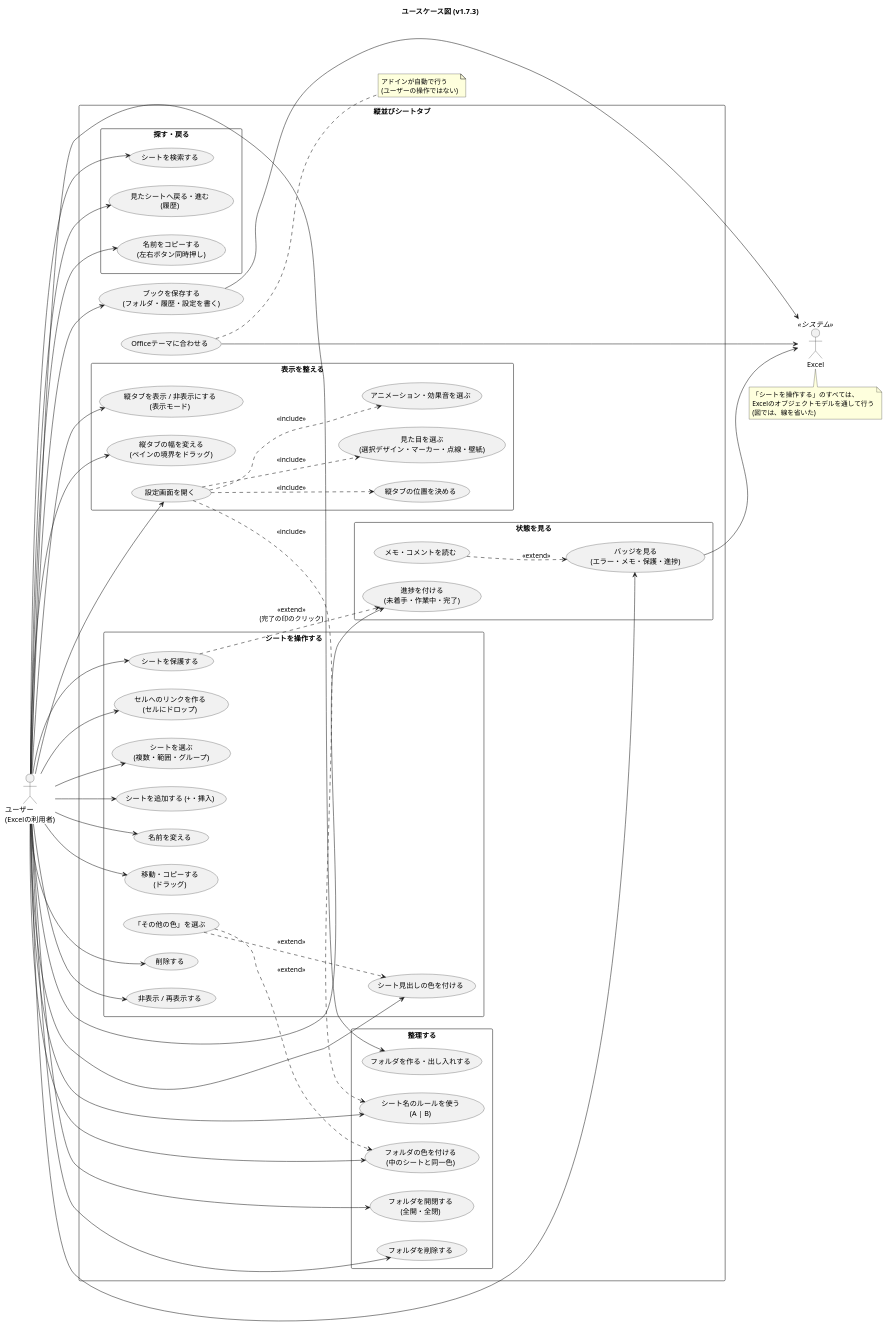
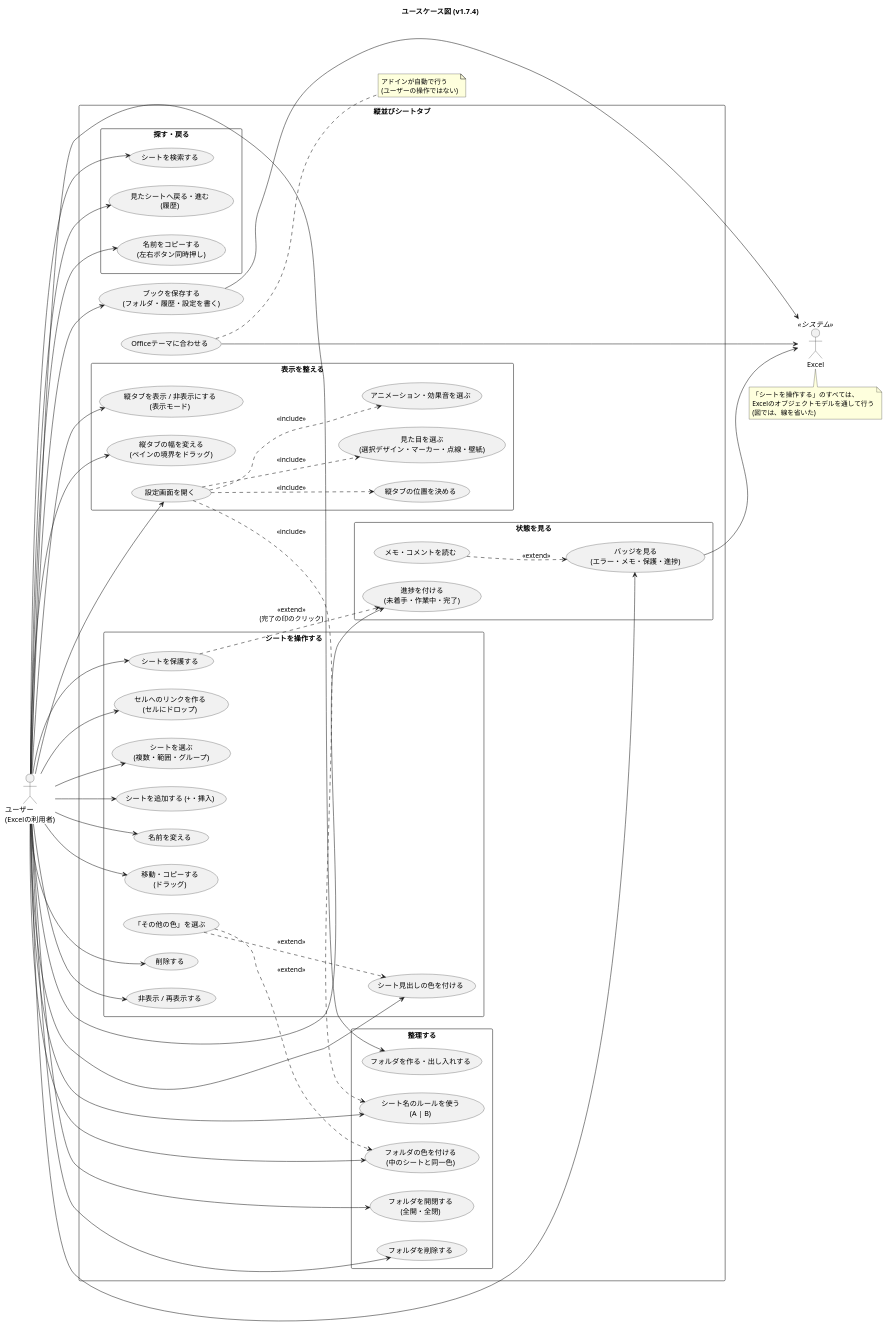
The diagram in docs/usecase.puml (nk-taka623/VerticalSheetTabs), drawn with PlantUML before and after one commit. The commit also changed 15 other files, not shown here.

Commit message:
v1.7.4: バージョンを上げる (README の変更点、設定画面の画像、図)

```diff
--- a/docs/usecase.puml
+++ b/docs/usecase.puml
@@ -1,105 +1,105 @@
 @startuml
-title ユースケース図 (v1.7.3)
+title ユースケース図 (v1.7.4)
 left to right direction
 skinparam shadowing false
 skinparam packageStyle rectangle
 
 actor "ユーザー\n(Excelの利用者)" as U
 actor "Excel" as XL <<システム>>
 
 rectangle "縦並びシートタブ" {
 
   package "シートを操作する" {
     usecase "シートを選ぶ\n(複数・範囲・グループ)" as UC_SEL
     usecase "シートを追加する (+・挿入)" as UC_ADD
     usecase "名前を変える" as UC_REN
     usecase "移動・コピーする\n(ドラッグ)" as UC_MOVE
     usecase "削除する" as UC_DEL
     usecase "非表示 / 再表示する" as UC_HIDE
     usecase "シート見出しの色を付ける" as UC_COLOR
     usecase "「その他の色」を選ぶ" as UC_MORE
     usecase "シートを保護する" as UC_PROT
     usecase "セルへのリンクを作る\n(セルにドロップ)" as UC_LINK
   }
 
   package "整理する" {
     usecase "フォルダを作る・出し入れする" as UC_FOLDER
     usecase "フォルダを開閉する\n(全開・全閉)" as UC_TOGGLE
     usecase "フォルダの色を付ける\n(中のシートと同一色)" as UC_FCOLOR
     usecase "フォルダを削除する" as UC_FDEL
     usecase "シート名のルールを使う\n(A | B)" as UC_RULE
   }
 
   package "探す・戻る" {
     usecase "シートを検索する" as UC_SEARCH
     usecase "見たシートへ戻る・進む\n(履歴)" as UC_HIST
     usecase "名前をコピーする\n(左右ボタン同時押し)" as UC_COPY
   }
 
   package "状態を見る" {
     usecase "バッジを見る\n(エラー・メモ・保護・進捗)" as UC_BADGE
     usecase "メモ・コメントを読む" as UC_MEMO
     usecase "進捗を付ける\n(未着手・作業中・完了)" as UC_PROG
   }
 
   package "表示を整える" {
     usecase "縦タブを表示 / 非表示にする\n(表示モード)" as UC_MODE
     usecase "縦タブの位置を決める" as UC_SIDE
     usecase "縦タブの幅を変える\n(ペインの境界をドラッグ)" as UC_WIDTH
     usecase "設定画面を開く" as UC_SET
     usecase "見た目を選ぶ\n(選択デザイン・マーカー・点線・壁紙)" as UC_LOOK
     usecase "アニメーション・効果音を選ぶ" as UC_ANIM
   }
 
   usecase "ブックを保存する\n(フォルダ・履歴・設定を書く)" as UC_SAVE
   usecase "Officeテーマに合わせる" as UC_THEME
 }
 
 U --> UC_SEL
 U --> UC_ADD
 U --> UC_REN
 U --> UC_MOVE
 U --> UC_DEL
 U --> UC_HIDE
 U --> UC_COLOR
 U --> UC_PROT
 U --> UC_LINK
 U --> UC_FOLDER
 U --> UC_TOGGLE
 U --> UC_FCOLOR
 U --> UC_FDEL
 U --> UC_RULE
 U --> UC_SEARCH
 U --> UC_HIST
 U --> UC_COPY
 U --> UC_BADGE
 U --> UC_PROG
 U --> UC_MODE
 U --> UC_WIDTH
 U --> UC_SET
 U --> UC_SAVE
 
 UC_MORE ..> UC_COLOR : <<extend>>
 UC_MORE ..> UC_FCOLOR : <<extend>>
 UC_MEMO ..> UC_BADGE : <<extend>>
 UC_PROT ..> UC_PROG : <<extend>>\n(完了の印のクリック)
 UC_SET ..> UC_SIDE : <<include>>
 UC_SET ..> UC_LOOK : <<include>>
 UC_SET ..> UC_ANIM : <<include>>
 UC_SET ..> UC_RULE : <<include>>
 
 UC_SAVE --> XL
 UC_THEME --> XL
 UC_BADGE --> XL
 
 note bottom of XL
   「シートを操作する」のすべては、
   Excelのオブジェクトモデルを通して行う
   (図では、線を省いた)
 end note
 
 note right of UC_THEME
   アドインが自動で行う
   (ユーザーの操作ではない)
 end note
 @enduml
```
